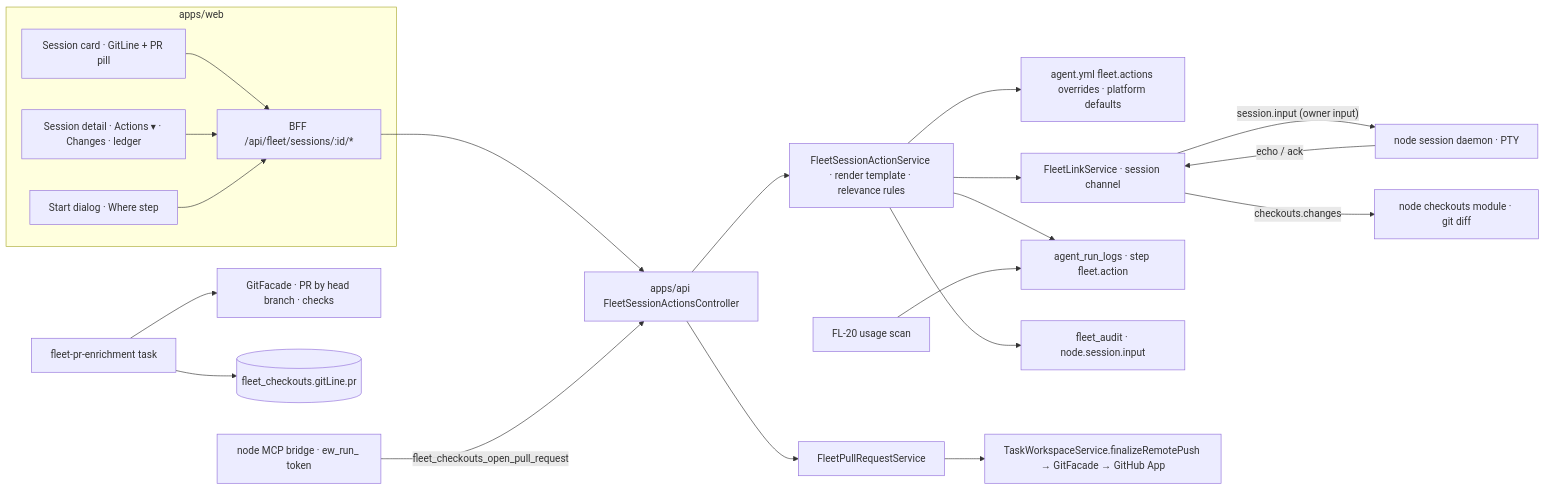
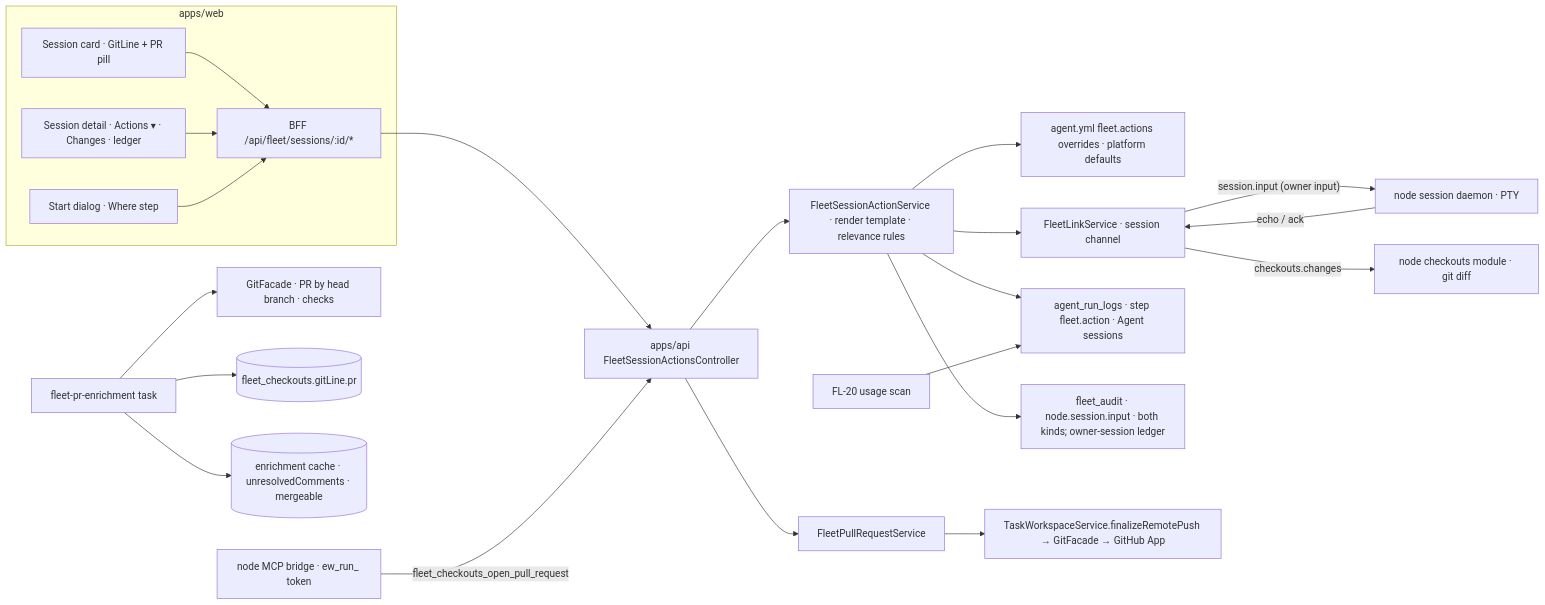
Before and after one commit to HotOpenSourcing/ever-works: the diagram in docs/specs/features/fleet/FL-06-session-git-actions/plan.md, drawn with Mermaid. The commit also changed other lines of this file and 15 other files, not shown here.

First line of the commit message:
docs(fleet): audit FL-06…FL-10 and contracts revision 4

````diff
--- a/docs/specs/features/fleet/FL-06-session-git-actions/plan.md
+++ b/docs/specs/features/fleet/FL-06-session-git-actions/plan.md
@@ -16,23 +16,24 @@
 ```mermaid
 flowchart LR
     subgraph web[apps/web]
         CARD[Session card · GitLine + PR pill] --> BFF[BFF /api/fleet/sessions/:id/*]
         DETAIL[Session detail · Actions ▾ · Changes · ledger] --> BFF
         START[Start dialog · Where step] --> BFF
     end
     BFF --> API[apps/api FleetSessionActionsController]
     API --> ACT[FleetSessionActionService · render template · relevance rules]
     ACT --> TPL[agent.yml fleet.actions overrides · platform defaults]
     ACT --> LINK[FleetLinkService · session channel]
     LINK -- session.input (owner input) --> DAEMON[node session daemon · PTY]
     DAEMON -- echo / ack --> LINK
-    ACT --> LEDGER[agent_run_logs · step fleet.action]
-    ACT --> AUD[fleet_audit · node.session.input]
+    ACT --> LEDGER[agent_run_logs · step fleet.action · Agent sessions]
+    ACT --> AUD[fleet_audit · node.session.input · both kinds; owner-session ledger]
     API --> PR[FleetPullRequestService]
     PR --> TWS[TaskWorkspaceService.finalizeRemotePush → GitFacade → GitHub App]
     MCPB[node MCP bridge · ew_run_ token] -- fleet_checkouts_open_pull_request --> API
     LINK -- checkouts.changes --> NODE[node checkouts module · git diff]
     ENR[fleet-pr-enrichment task] --> GIT[GitFacade · PR by head branch · checks]
     ENR --> CK[(fleet_checkouts.gitLine.pr)]
+    ENR --> CACHE[(enrichment cache · unresolvedComments · mergeable)]
     SCAN[FL-20 usage scan] --> LEDGER
 ```
````
